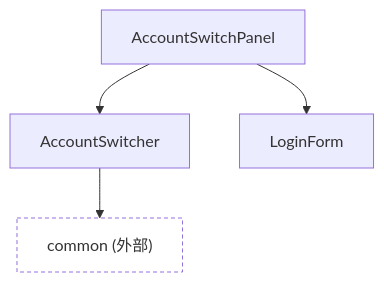
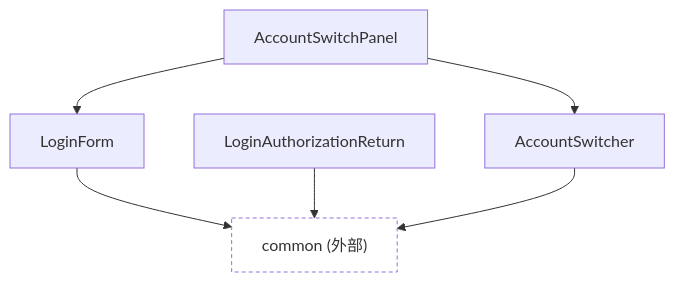
One commit to nekono-dev/skyshare changed the diagram in src/components/account/README.md. Above: the diagram before and after it, drawn with Mermaid. The commit also changed other lines of this file and 98 other files, not shown here.

````diff
--- a/src/components/account/README.md
+++ b/src/components/account/README.md
@@ -5,11 +5,13 @@
 ```mermaid
 graph TD
   AccountSwitchPanel --> AccountSwitcher
   AccountSwitchPanel --> LoginForm
+  LoginForm --> commonExt
+  LoginAuthorizationReturn --> commonExt
   AccountSwitcher --> commonExt
 
   commonExt["common (外部)"]
 
   classDef external stroke-dasharray: 4 3,fill:transparent;
   class commonExt external;
 ```
````
